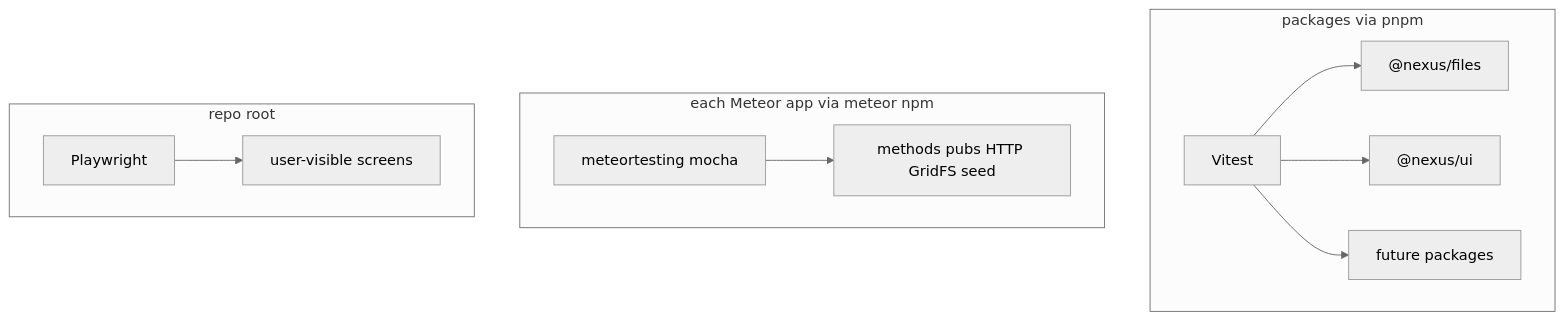
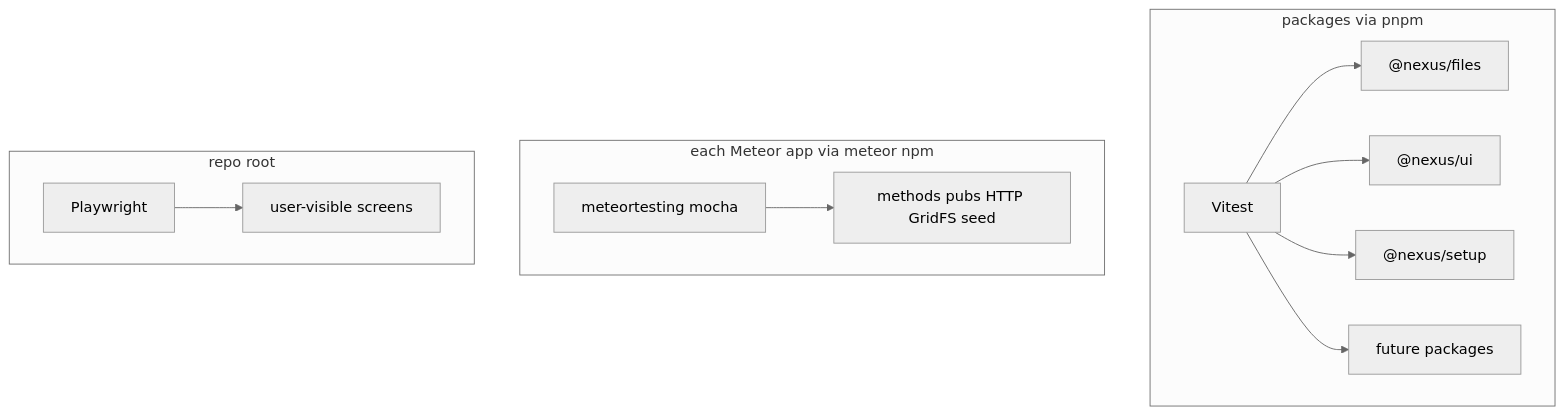
Before and after one commit to kasgarally/ik-nexus: the diagram in TESTING.md, drawn with Mermaid (neutral theme). The commit also changed other lines of this file and 52 other files, not shown here.

````diff
--- a/TESTING.md
+++ b/TESTING.md
@@ -51,22 +51,24 @@
 ```mermaid
 flowchart TB
   subgraph packagesLayer [packages via pnpm]
     vitest[Vitest]
     filesPkg["@nexus/files"]
     uiPkg["@nexus/ui"]
+    setupPkg["@nexus/setup"]
     futurePkg["future packages"]
     vitest --> filesPkg
     vitest --> uiPkg
+    vitest --> setupPkg
     vitest --> futurePkg
   end
   subgraph meteorLayer [each Meteor app via meteor npm]
     mocha[meteortesting mocha]
     runtime[methods pubs HTTP GridFS seed]
     mocha --> runtime
   end
   subgraph e2eLayer [repo root]
     pw[Playwright]
     screens[user-visible screens]
     pw --> screens
   end
 ```
````
